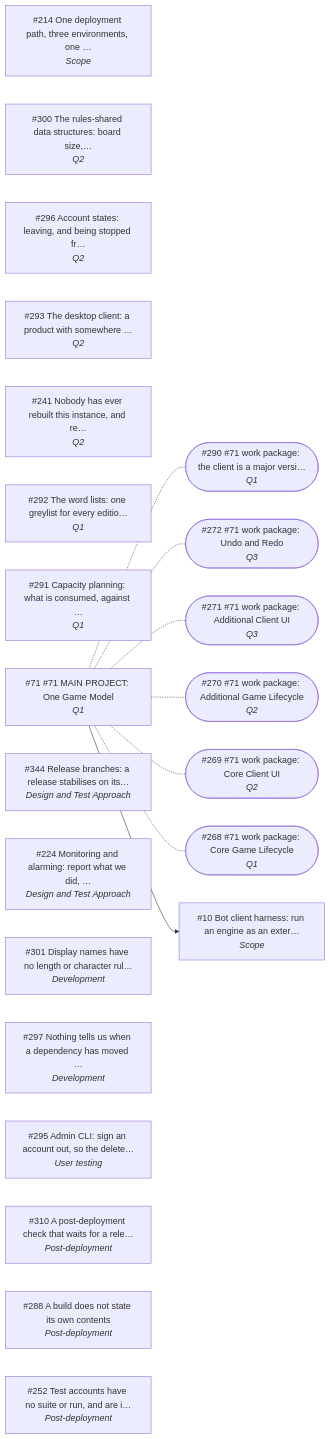
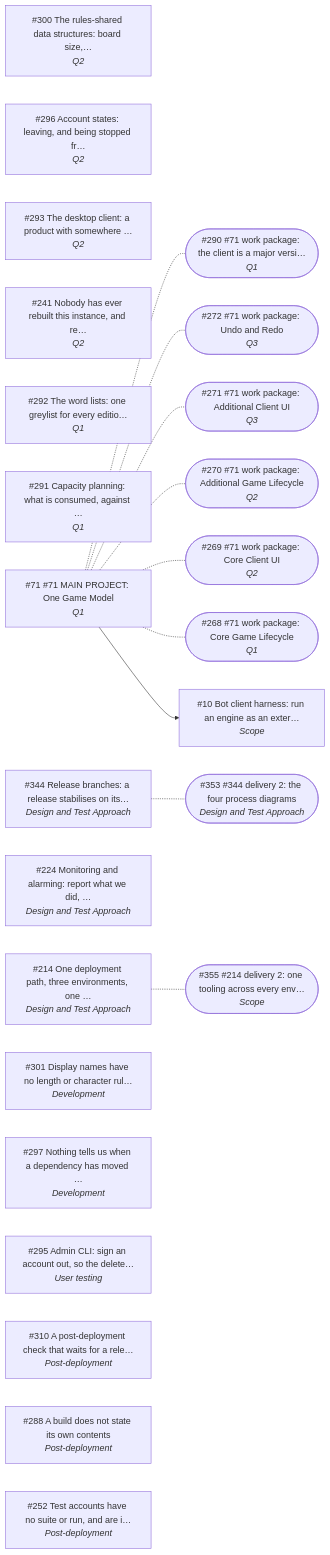
Before and after one commit to delphside/tile-lite-elite: the diagram in docs/1.5-work-in-progress.md, drawn with Mermaid.

Commit message:
app 0.7.3 api 2.13: regenerate the roadmap after the restructuring
Refs #350

````diff
--- a/docs/1.5-work-in-progress.md
+++ b/docs/1.5-work-in-progress.md
@@ -21,33 +21,37 @@
 ```mermaid
 flowchart LR
-  n214["#214 One deployment path, three environments, one …<br/><i>Scope</i>"]
+  n355(["#355 #214 delivery 2: one tooling across every env…<br/><i>Scope</i>"])
   n10["#10 Bot client harness: run an engine as an exter…<br/><i>Scope</i>"]
   n272(["#272 #71 work package: Undo and Redo<br/><i>Q3</i>"])
   n271(["#271 #71 work package: Additional Client UI<br/><i>Q3</i>"])
   n300["#300 The rules-shared data structures: board size,…<br/><i>Q2</i>"]
   n296["#296 Account states: leaving, and being stopped fr…<br/><i>Q2</i>"]
   n293["#293 The desktop client: a product with somewhere …<br/><i>Q2</i>"]
   n270(["#270 #71 work package: Additional Game Lifecycle<br/><i>Q2</i>"])
   n269(["#269 #71 work package: Core Client UI<br/><i>Q2</i>"])
   n241["#241 Nobody has ever rebuilt this instance, and re…<br/><i>Q2</i>"]
   n292["#292 The word lists: one greylist for every editio…<br/><i>Q1</i>"]
   n291["#291 Capacity planning: what is consumed, against …<br/><i>Q1</i>"]
   n290(["#290 #71 work package: the client is a major versi…<br/><i>Q1</i>"])
   n268(["#268 #71 work package: Core Game Lifecycle<br/><i>Q1</i>"])
   n71["#71 #71 MAIN PROJECT: One Game Model<br/><i>Q1</i>"]
+  n353(["#353 #344 delivery 2: the four process diagrams<br/><i>Design and Test Approach</i>"])
   n344["#344 Release branches: a release stabilises on its…<br/><i>Design and Test Approach</i>"]
   n224["#224 Monitoring and alarming: report what we did, …<br/><i>Design and Test Approach</i>"]
+  n214["#214 One deployment path, three environments, one …<br/><i>Design and Test Approach</i>"]
   n301["#301 Display names have no length or character rul…<br/><i>Development</i>"]
   n297["#297 Nothing tells us when a dependency has moved …<br/><i>Development</i>"]
   n295["#295 Admin CLI: sign an account out, so the delete…<br/><i>User testing</i>"]
   n310["#310 A post-deployment check that waits for a rele…<br/><i>Post-deployment</i>"]
   n288["#288 A build does not state its own contents<br/><i>Post-deployment</i>"]
   n252["#252 Test accounts have no suite or run, and are i…<br/><i>Post-deployment</i>"]
+  n214 -.- n355
+  n344 -.- n353
   n71 -.- n290
   n71 -.- n272
   n71 -.- n271
   n71 -.- n270
   n71 -.- n269
   n71 -.- n268
   n71 --> n10
 ```
````
